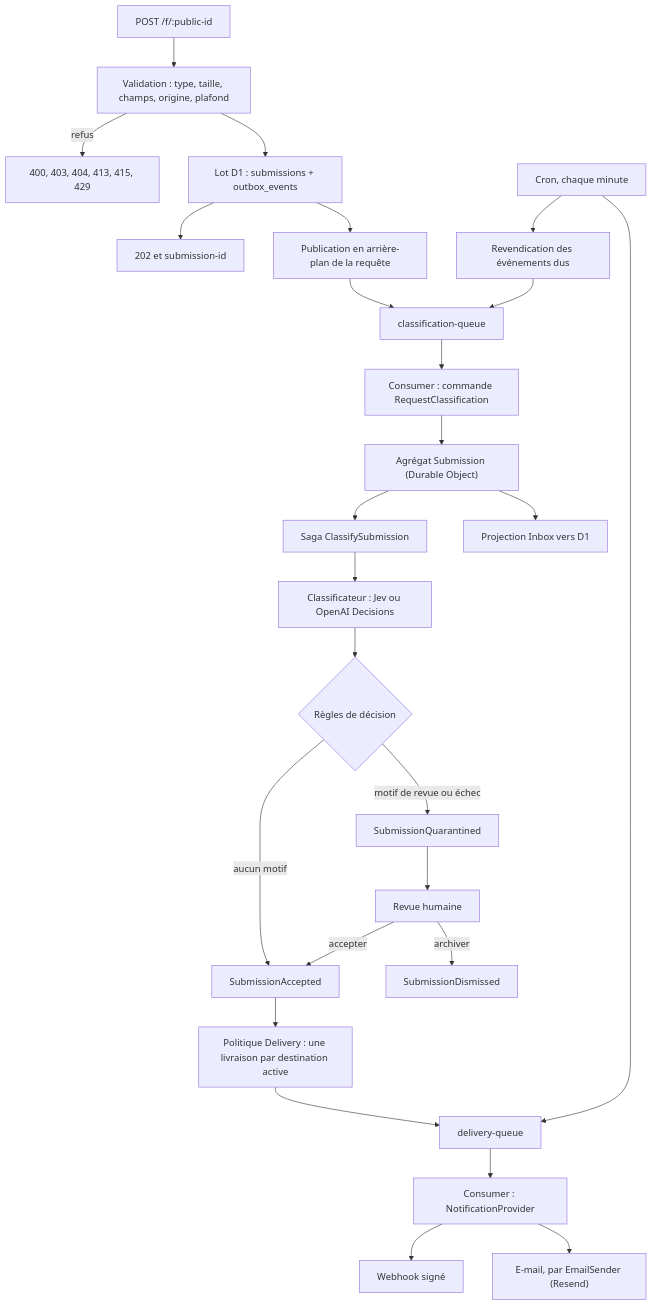
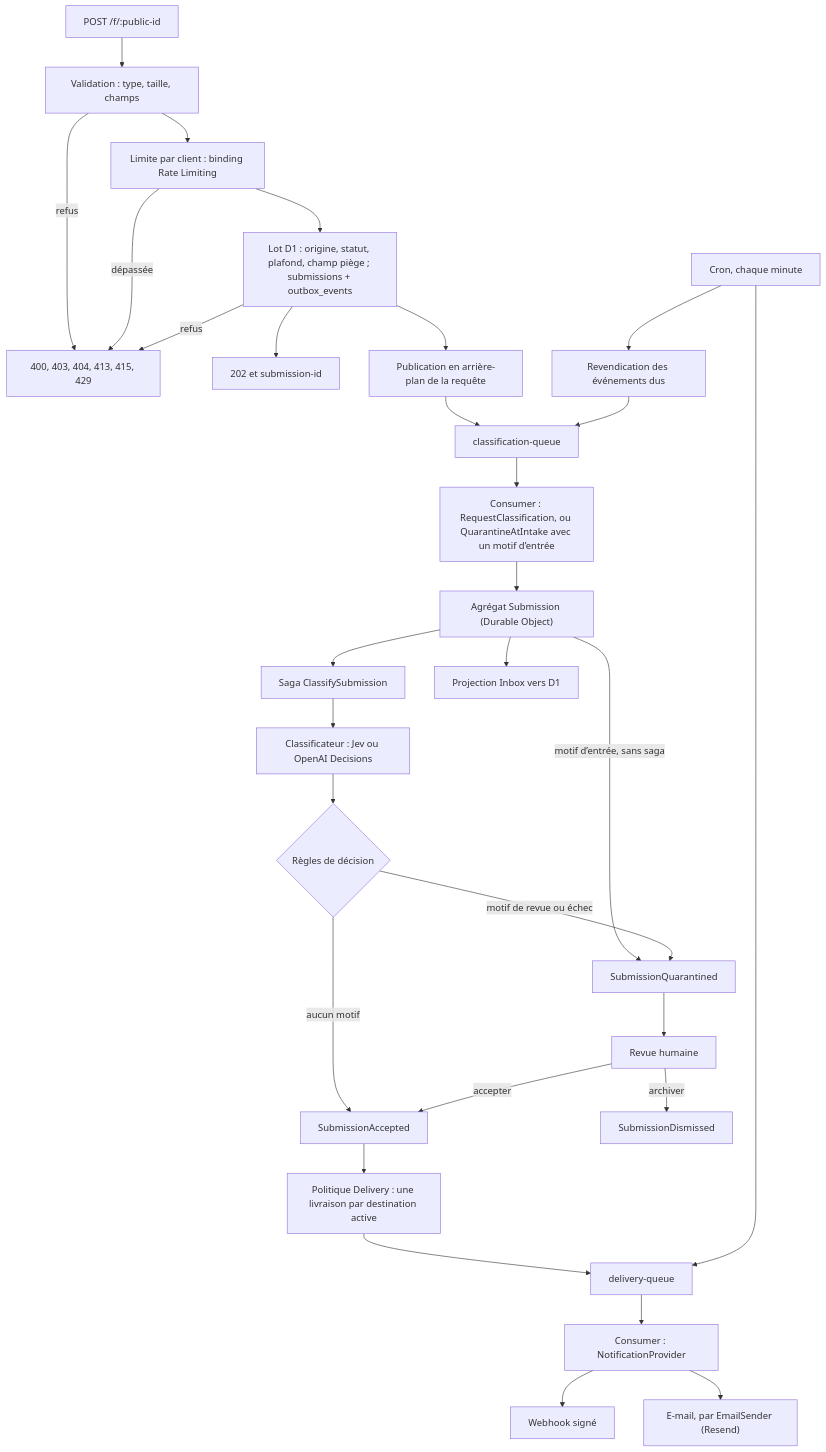
The diagram in architecture.md (basaltbytes/rondyr), drawn with Mermaid before and after one commit. The commit also changed other lines of this file and 2 other files, not shown here.

First line of the commit message:
Document the client rate limit and the honeypot field

````diff
--- a/architecture.md
+++ b/architecture.md
@@ -73,28 +73,32 @@
 ```mermaid
 flowchart TD
-  A["POST /f/:public-id"] --> B["Validation : type, taille, champs, origine, plafond"]
+  A["POST /f/:public-id"] --> B["Validation : type, taille, champs"]
   B -->|refus| C["400, 403, 404, 413, 415, 429"]
-  B --> D["Lot D1 : submissions + outbox_events"]
+  B --> Y["Limite par client : binding Rate Limiting"]
+  Y -->|dépassée| C
+  Y --> D["Lot D1 : origine, statut, plafond, champ piège ; submissions + outbox_events"]
+  D -->|refus| C
   D --> E["202 et submission-id"]
   D --> T["Publication en arrière-plan de la requête"]
   T --> H["classification-queue"]
   F["Cron, chaque minute"] --> G["Revendication des événements dus"]
   G --> H
-  H --> I["Consumer : commande RequestClassification"]
+  H --> I["Consumer : RequestClassification, ou QuarantineAtIntake avec un motif d’entrée"]
   I --> J["Agrégat Submission (Durable Object)"]
   J --> K["Saga ClassifySubmission"]
+  J -->|motif d’entrée, sans saga| O
   K --> L["Classificateur : Jev ou OpenAI Decisions"]
   L --> M{"Règles de décision"}
   M -->|aucun motif| N["SubmissionAccepted"]
   M -->|motif de revue ou échec| O["SubmissionQuarantined"]
   O --> P["Revue humaine"]
   P -->|accepter| N
   P -->|archiver| Q["SubmissionDismissed"]
   J --> R["Projection Inbox vers D1"]
   N --> S["Politique Delivery : une livraison par destination active"]
   S --> U["delivery-queue"]
   F --> U
   U --> V["Consumer : NotificationProvider"]
   V --> W["Webhook signé"]
   V --> X["E-mail, par EmailSender (Resend)"]
 ```
````
